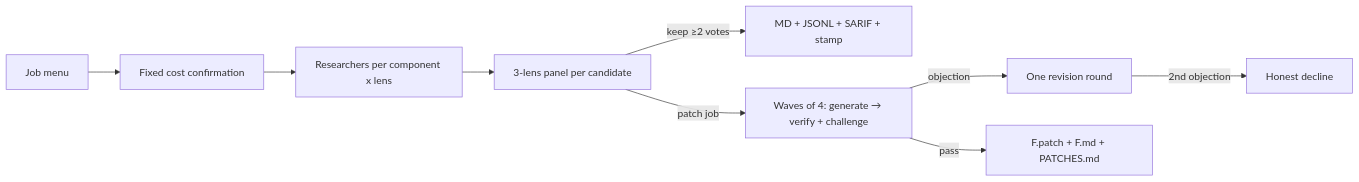
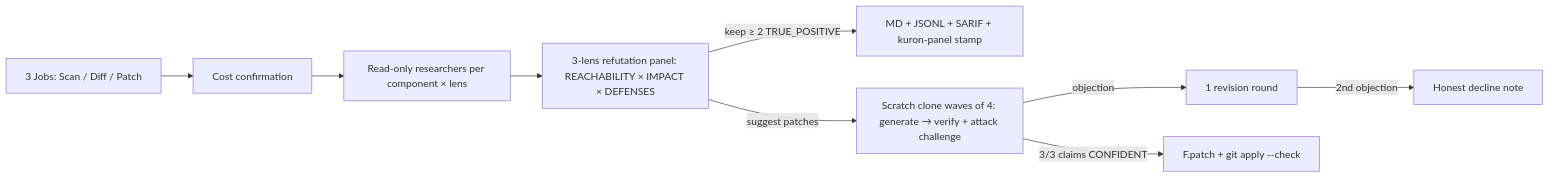
The diagram in README.md (shirokun20/kuron-security), drawn with Mermaid before and after one commit. The commit also changed other lines of this file and 8 other files, not shown here.

Commit message:
feat: add visual scan/patch scorecards, Antigravity harness support, and polished README

````diff
--- a/README.md
+++ b/README.md
@@ -63,11 +138,11 @@
 ```mermaid
 flowchart LR
-    menu[Job menu] --> confirm[Fixed cost confirmation]
-    confirm --> scan[Researchers per component x lens]
-    scan --> panel[3-lens panel per candidate]
-    panel -->|keep ≥2 votes| report[MD + JSONL + SARIF + stamp]
-    panel -->|patch job| wave[Waves of 4: generate → verify + challenge]
-    wave -->|objection| revise[One revision round]
-    wave -->|pass| patch[F.patch + F.md + PATCHES.md]
-    revise -->|2nd objection| decline[Honest decline]
+    menu[3 Jobs: Scan / Diff / Patch] --> confirm[Cost confirmation]
+    confirm --> scan[Read-only researchers per component × lens]
+    scan --> panel[3-lens refutation panel: REACHABILITY × IMPACT × DEFENSES]
+    panel -->|keep ≥ 2 TRUE_POSITIVE| report[MD + JSONL + SARIF + kuron-panel stamp]
+    panel -->|suggest patches| wave[Scratch clone waves of 4: generate → verify + attack challenge]
+    wave -->|objection| revise[1 revision round]
+    wave -->|3/3 claims CONFIDENT| patch[F<n>.patch + git apply --check]
+    revise -->|2nd objection| decline[Honest decline note]
 ```
````
